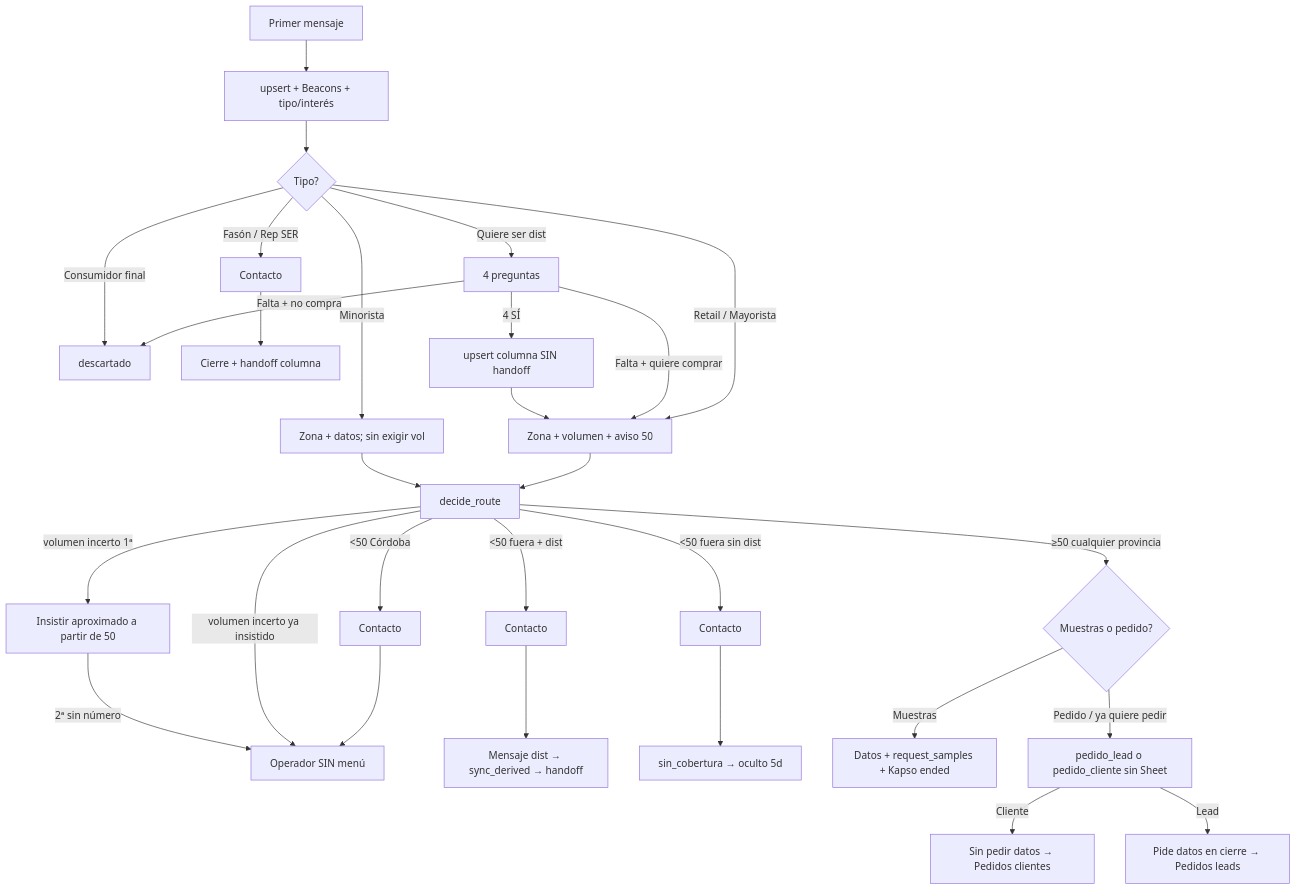
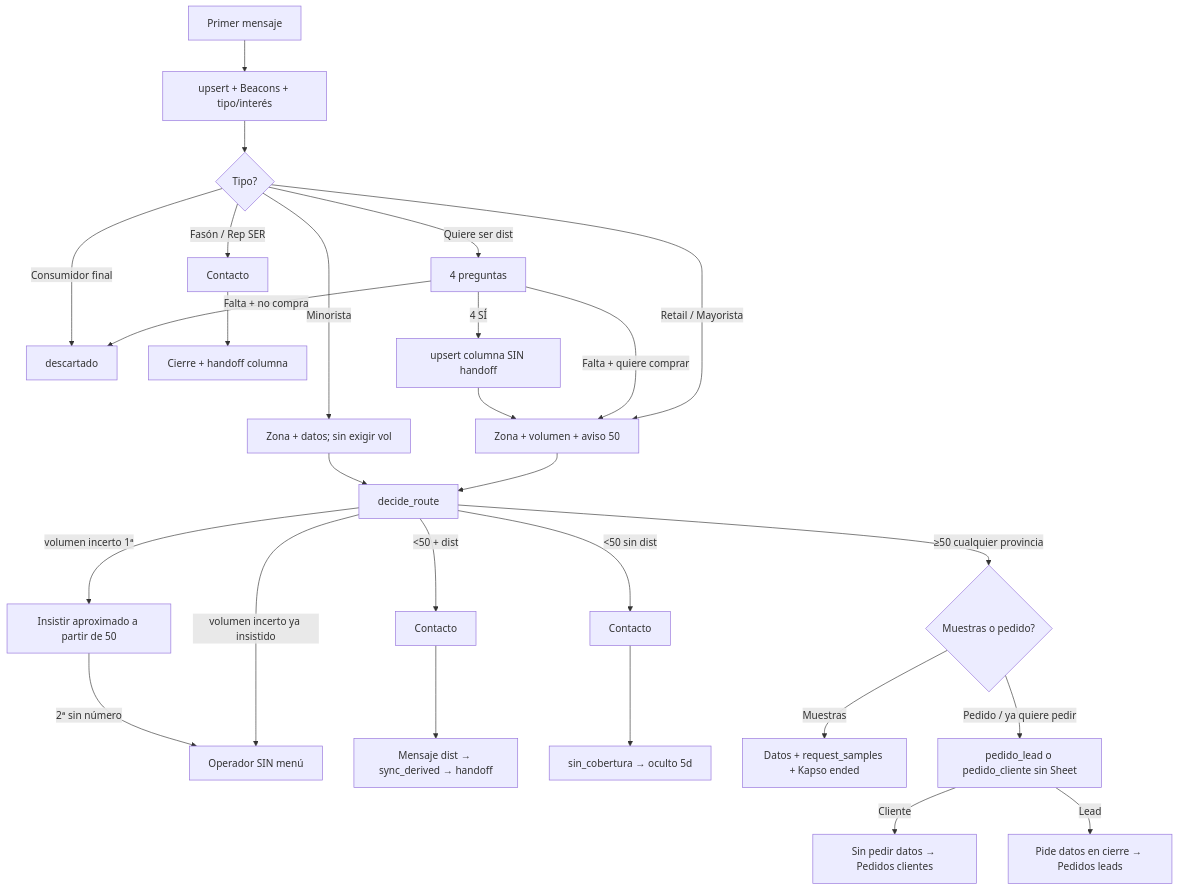
Before and after one commit to fecotechSolutions/tool-coolmeals: the diagram in docs/planilla-flujo-ia-anexo-prompt.md, drawn with Mermaid. The commit also changed other lines of this file and 9 other files, not shown here.

First line of the commit message:
Enable daily pipeline-timeouts cron for mid-flow recontact.

````diff
--- a/docs/planilla-flujo-ia-anexo-prompt.md
+++ b/docs/planilla-flujo-ia-anexo-prompt.md
@@ -64,26 +64,25 @@
 ```mermaid
 flowchart TD
   A[Primer mensaje] --> B[upsert + Beacons + tipo/interés]
   B --> C{Tipo?}
   C -->|Consumidor final| Z[descartado]
   C -->|Fasón / Rep SER| CT[Contacto] --> H[Cierre + handoff columna]
   C -->|Quiere ser dist| Q[4 preguntas]
   Q -->|4 SÍ| QD[upsert columna SIN handoff] --> E
   Q -->|Falta + no compra| Z
   Q -->|Falta + quiere comprar| E
   C -->|Minorista| D[Zona + datos; sin exigir vol]
   C -->|Retail / Mayorista| E[Zona + volumen + aviso 50]
   D --> R[decide_route]
   E --> R
   R -->|volumen incerto 1ª| V1[Insistir aproximado a partir de 50]
   V1 -->|2ª sin número| H2[Operador SIN menú]
   R -->|volumen incerto ya insistido| H2
   R -->|≥50 cualquier provincia| M{Muestras o pedido?}
-  R -->|<50 Córdoba| CT2[Contacto] --> H2
-  R -->|<50 fuera + dist| CT3[Contacto] --> Dist[Mensaje dist → sync_derived → handoff]
-  R -->|<50 fuera sin dist| CT4[Contacto] --> SC[sin_cobertura → oculto 5d]
+  R -->|<50 + dist| CT3[Contacto] --> Dist[Mensaje dist → sync_derived → handoff]
+  R -->|<50 sin dist| CT4[Contacto] --> SC[sin_cobertura → oculto 5d]
   M -->|Muestras| MS[Datos + request_samples + Kapso ended]
   M -->|Pedido / ya quiere pedir| PD[pedido_lead o pedido_cliente sin Sheet]
   PD -->|Cliente| PC[Sin pedir datos → Pedidos clientes]
   PD -->|Lead| PL[Pide datos en cierre → Pedidos leads]
 ```
````
